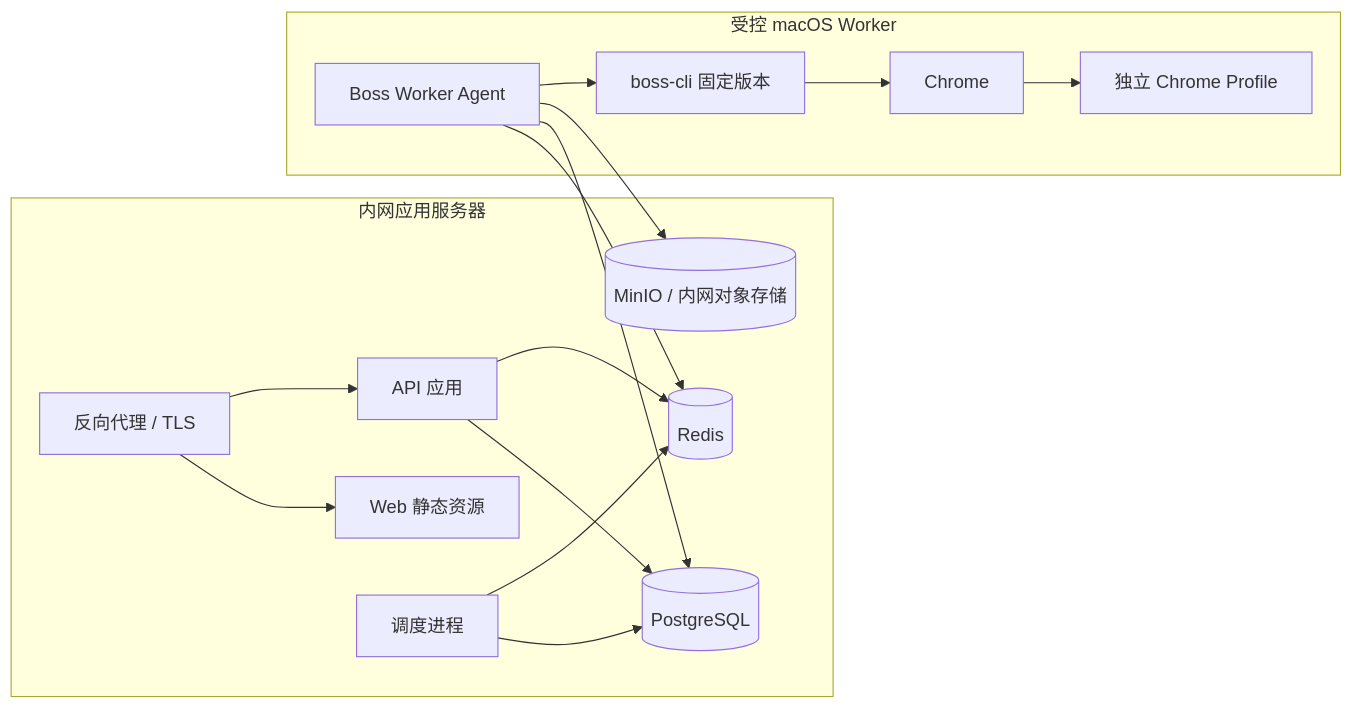
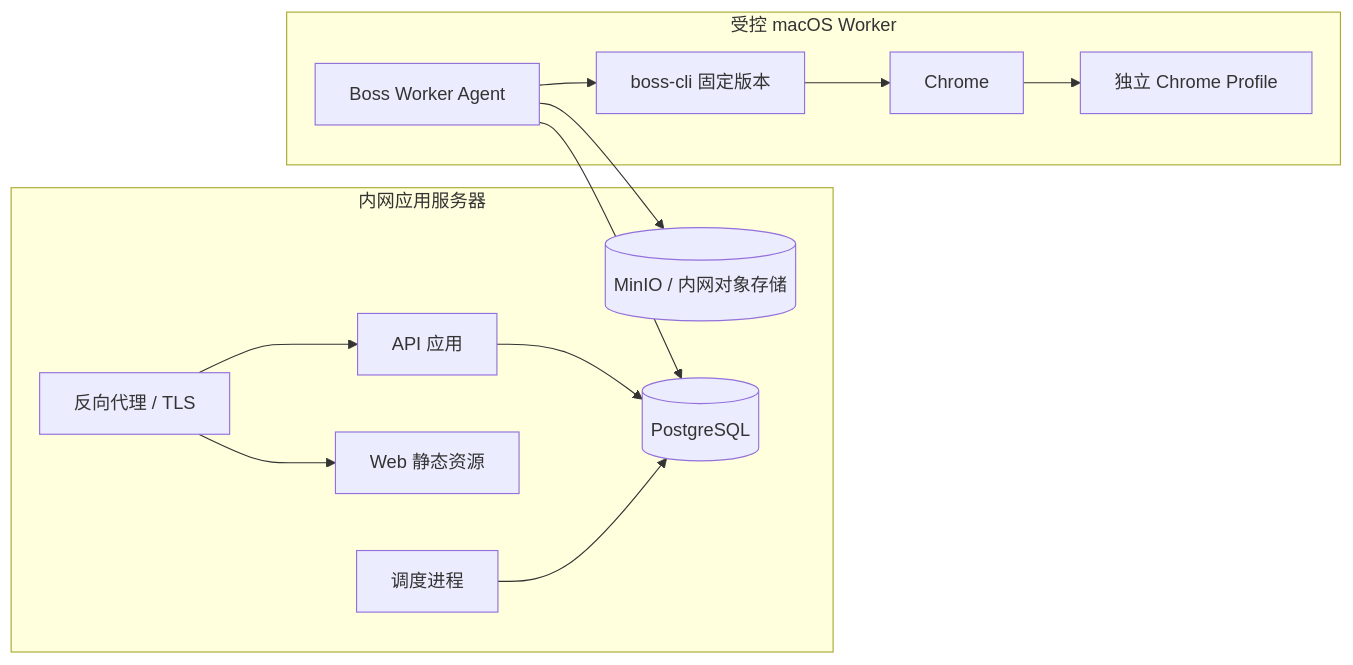
One commit to JasonEran/Boss-Forge changed the third of 5 diagrams in docs/SYSTEM_ARCHITECTURE.md. Above: the diagram before and after it, drawn with Mermaid. The commit also changed other lines of this file and 6 other files, not shown here.

````diff
--- a/docs/SYSTEM_ARCHITECTURE.md
+++ b/docs/SYSTEM_ARCHITECTURE.md
@@ -238,31 +237,27 @@
 ```mermaid
 flowchart LR
     subgraph IntranetServer[内网应用服务器]
       PROXY[反向代理 / TLS]
       WEBAPP[Web 静态资源]
       APIAPP[API 应用]
       SCHED[调度进程]
       PG[(PostgreSQL)]
-      REDIS[(Redis)]
       MINIO[(MinIO / 内网对象存储)]
     end
 
     subgraph MacWorker[受控 macOS Worker]
       AGENT[Boss Worker Agent]
       BCLI[boss-cli 固定版本]
       PROFILE[独立 Chrome Profile]
       CHROME2[Chrome]
     end
 
     PROXY --> WEBAPP
     PROXY --> APIAPP
     APIAPP --> PG
-    APIAPP --> REDIS
     SCHED --> PG
-    SCHED --> REDIS
-    AGENT --> REDIS
     AGENT --> PG
     AGENT --> MINIO
     AGENT --> BCLI --> CHROME2
     CHROME2 --> PROFILE
 ```
````
